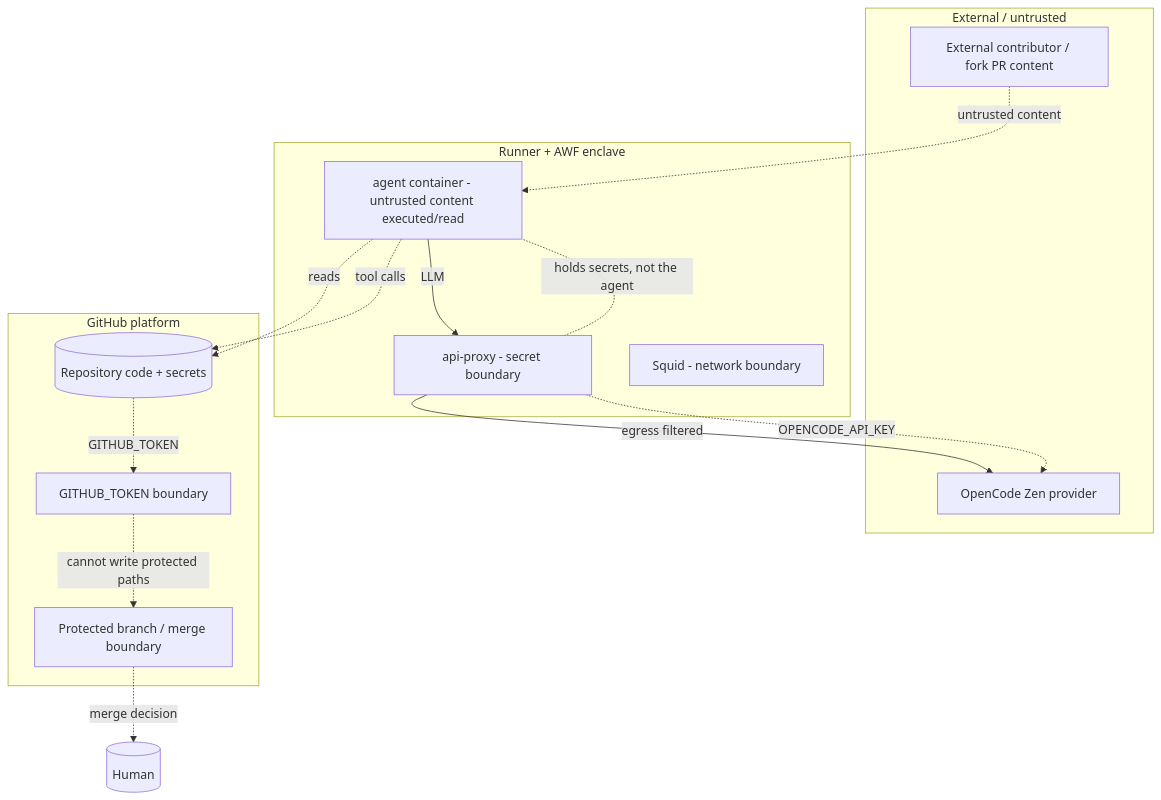
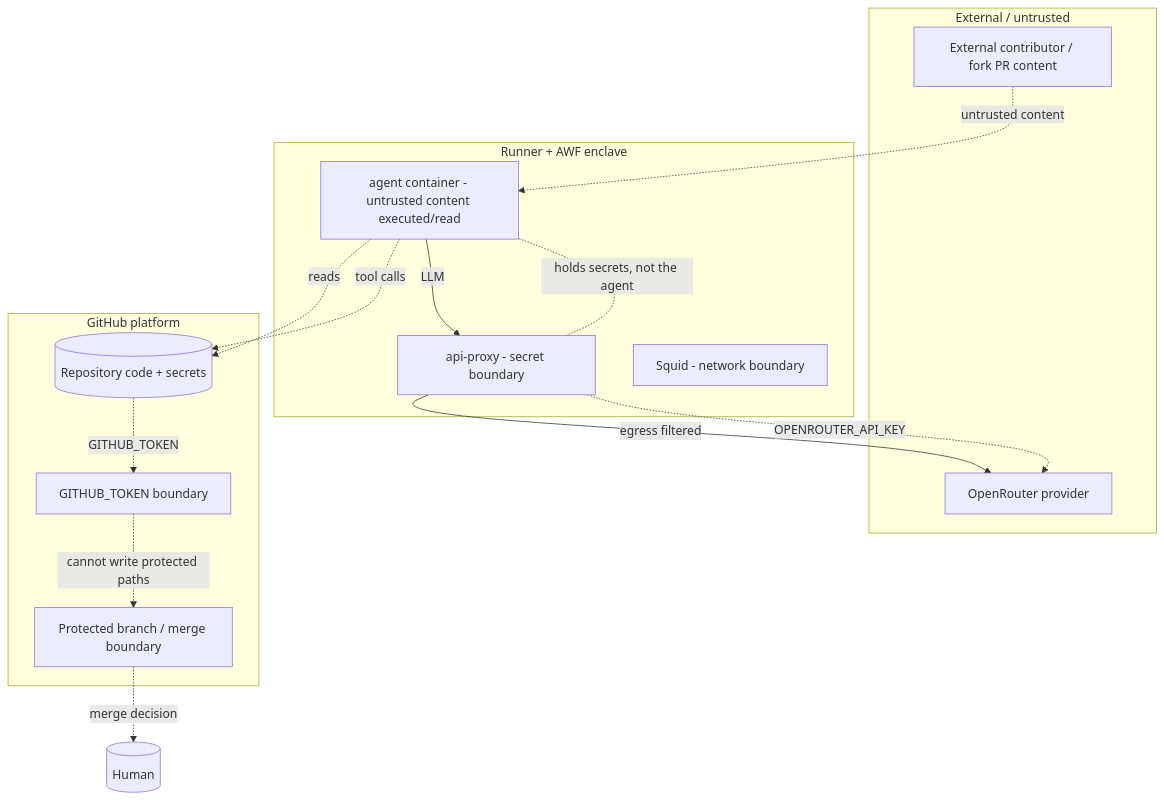
One commit to lorenzogirardi/fastapi-testapp changed the fourth of 4 diagrams in docs/agentic-workflows/architecture.md. Above: the diagram before and after it, drawn with Mermaid. The commit also changed other lines of this file and 14 other files, not shown here.

First line of the commit message:
gh-aw: switch LLM provider from OpenCode Zen to OpenRouter

````diff
--- a/docs/agentic-workflows/architecture.md
+++ b/docs/agentic-workflows/architecture.md
@@ -134,27 +135,27 @@
 ```mermaid
 flowchart TB
   subgraph Ext[External / untrusted]
     Fork[External contributor / fork PR content]
-    Zen[OpenCode Zen provider]
+    OpenRouter[OpenRouter provider]
   end
   subgraph GH[GitHub platform]
     Repo[(Repository code + secrets)]
     Token[GITHUB_TOKEN boundary]
     Branch[Protected branch / merge boundary]
   end
   subgraph Run[Runner + AWF enclave]
     Agent[agent container - untrusted content executed/read]
     Proxy[api-proxy - secret boundary]
     Squid[Squid - network boundary]
   end
 
   Fork -.untrusted content.-> Agent
   Agent -.reads.-> Repo
   Proxy -.holds secrets, not the agent.- Agent
-  Agent -->|LLM| Proxy -->|egress filtered| Zen
-  Proxy -.OPENCODE_API_KEY.-> Zen
+  Agent -->|LLM| Proxy -->|egress filtered| OpenRouter
+  Proxy -.OPENROUTER_API_KEY.-> OpenRouter
   Agent -.tool calls.-> Repo
   Repo -.GITHUB_TOKEN.-> Token
   Token -.cannot write protected paths.-> Branch
   Branch -.merge decision.-> Human[(Human)]
 ```
````
